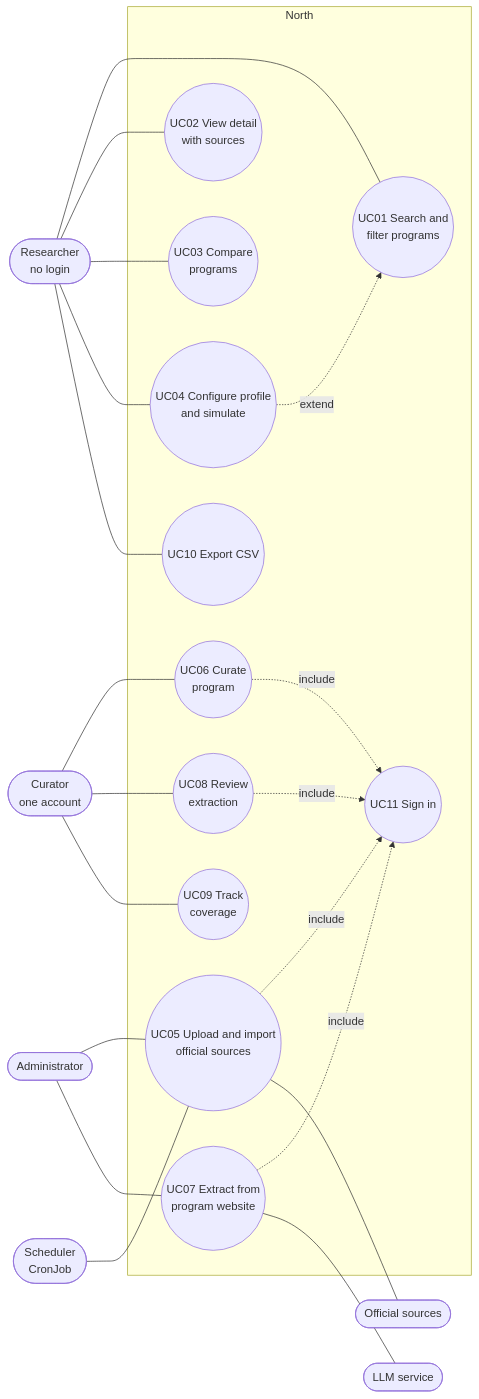
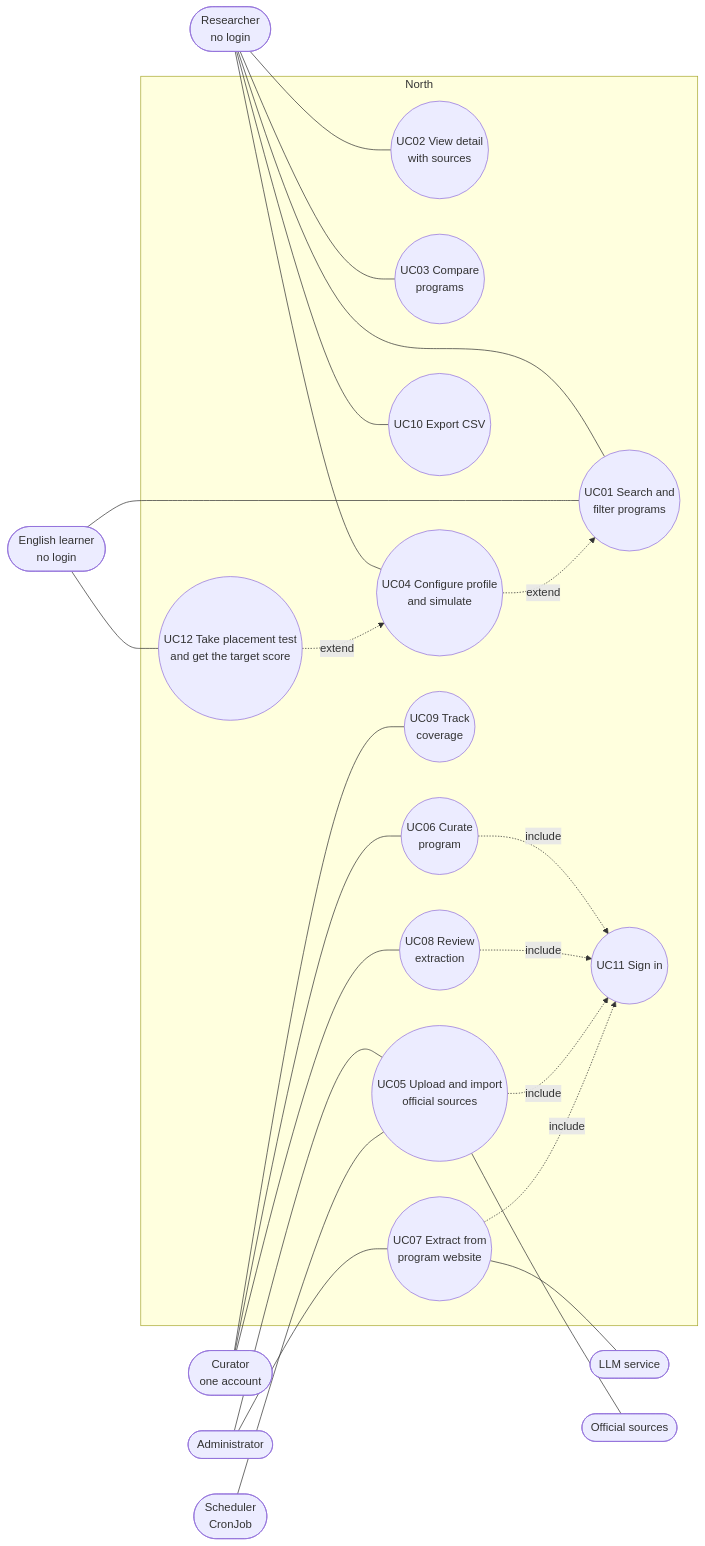
Before and after one commit to murilonegrao/north: the first of 14 diagrams in docs/uml-model.md, drawn with Mermaid. The commit also changed other lines of this file and 30 other files, not shown here.

First line of the commit message:
Elicitation round 3: English placement, Ireland and every level (record 0008)

````diff
--- a/docs/uml-model.md
+++ b/docs/uml-model.md
@@ -46,35 +54,39 @@
 ```mermaid
 flowchart LR
   P(["Researcher<br/>no login"])
+  E(["English learner<br/>no login"])
   C(["Curator<br/>one account"])
   A(["Administrator"])
   S(["Scheduler<br/>CronJob"])
   L(["LLM service"])
   F(["Official sources"])
 
   subgraph North
     UC01(("UC01 Search and<br/>filter programs"))
     UC02(("UC02 View detail<br/>with sources"))
     UC03(("UC03 Compare<br/>programs"))
     UC04(("UC04 Configure profile<br/>and simulate"))
     UC10(("UC10 Export CSV"))
+    UC12(("UC12 Take placement test<br/>and get the target score"))
     UC11(("UC11 Sign in"))
     UC06(("UC06 Curate<br/>program"))
     UC08(("UC08 Review<br/>extraction"))
     UC09(("UC09 Track<br/>coverage"))
     UC05(("UC05 Upload and import<br/>official sources"))
     UC07(("UC07 Extract from<br/>program website"))
   end
 
   P --- UC01 & UC02 & UC03 & UC04 & UC10
+  E --- UC12 & UC01
   C --- UC06 & UC08 & UC09
   A --- UC05 & UC07
   S --- UC05
   UC06 -. include .-> UC11
   UC08 -. include .-> UC11
   UC05 -. include .-> UC11
   UC07 -. include .-> UC11
   UC05 --- F
   UC07 --- L
   UC04 -. extend .-> UC01
+  UC12 -. extend .-> UC04
 ```
````
